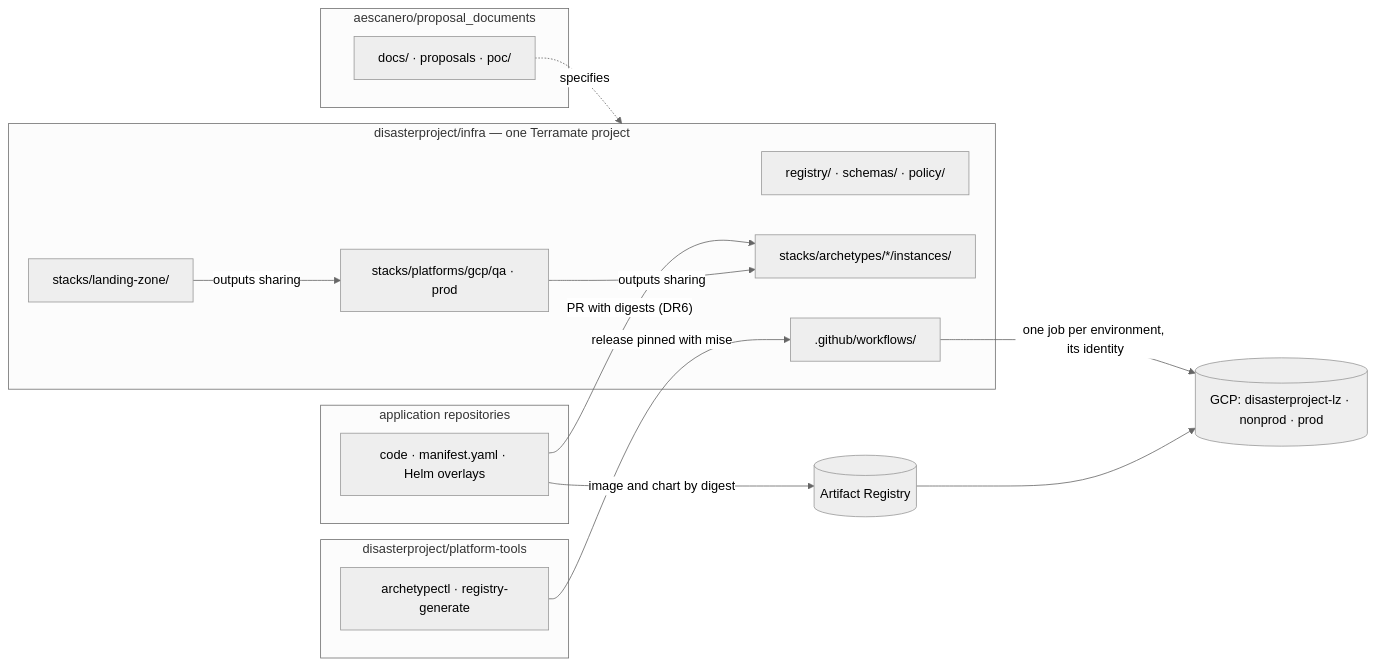
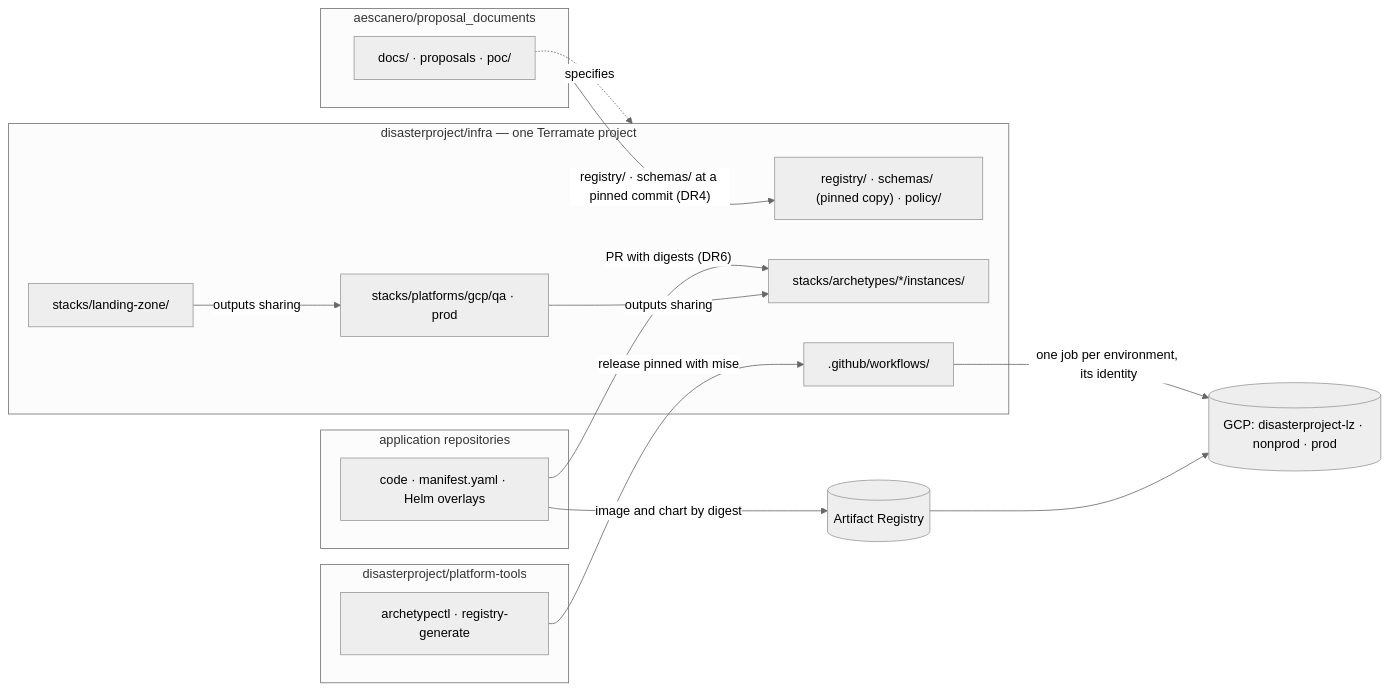
The diagram in docs/en/proposals/infra-repo-qa/diagrams/01-repositorios.mmd (aescanero/proposal_documents), drawn with Mermaid (neutral theme) before and after one commit. The commit also changed 86 other files, not shown here.

```diff
--- a/docs/en/proposals/infra-repo-qa/diagrams/01-repositorios.mmd
+++ b/docs/en/proposals/infra-repo-qa/diagrams/01-repositorios.mmd
@@ -1,27 +1,28 @@
 flowchart LR
     subgraph DOC["aescanero/proposal_documents"]
         D1["docs/ · proposals · poc/"]
     end
     subgraph TOOLS["disasterproject/platform-tools"]
         T1["archetypectl · registry-generate"]
     end
     subgraph APP["application repositories"]
         A1["code · manifest.yaml · Helm overlays"]
     end
     subgraph INFRA["disasterproject/infra — one Terramate project"]
-        I1["registry/ · schemas/ · policy/"]
+        I1["registry/ · schemas/ (pinned copy) · policy/"]
         I2["stacks/landing-zone/"]
         I3["stacks/platforms/gcp/qa · prod"]
         I4["stacks/archetypes/*/instances/"]
         I5[".github/workflows/"]
     end
     REG[("Artifact Registry")]
     GCP[("GCP: disasterproject-lz · nonprod · prod")]
     D1 -. "specifies" .-> INFRA
+    DOC -- "registry/ · schemas/ at a pinned commit (DR4)" --> I1
     T1 -- "release pinned with mise" --> I5
     A1 -- "image and chart by digest" --> REG
     A1 -- "PR with digests (DR6)" --> I4
     I2 -- "outputs sharing" --> I3
     I3 -- "outputs sharing" --> I4
     I5 -- "one job per environment, its identity" --> GCP
     REG --> GCP
```
